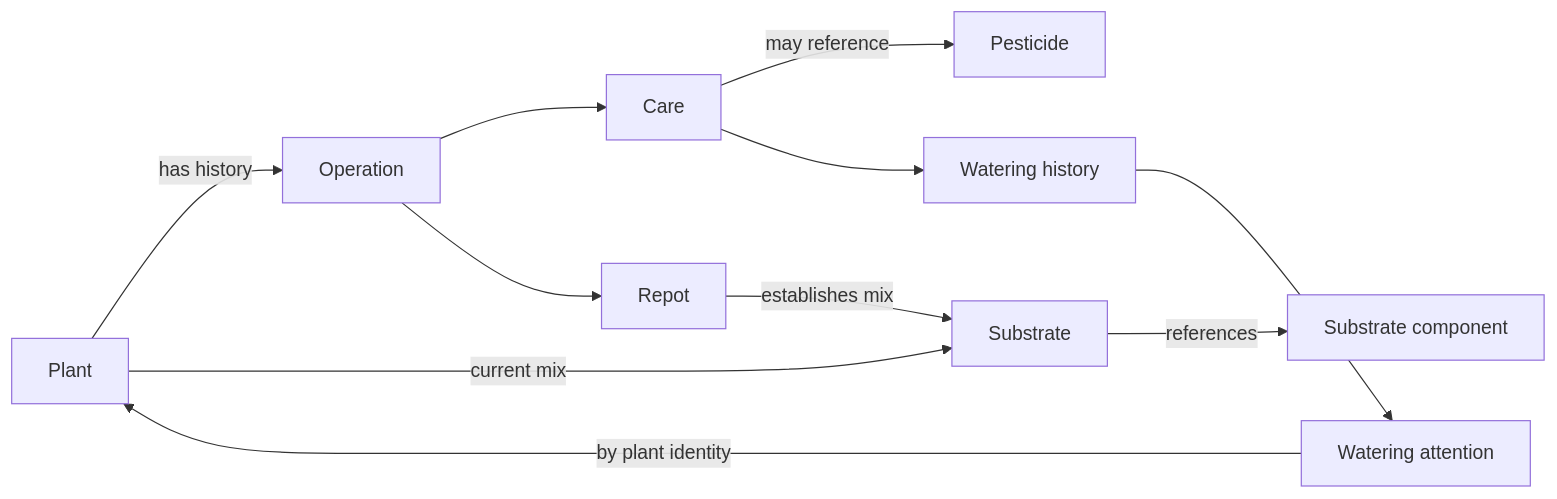
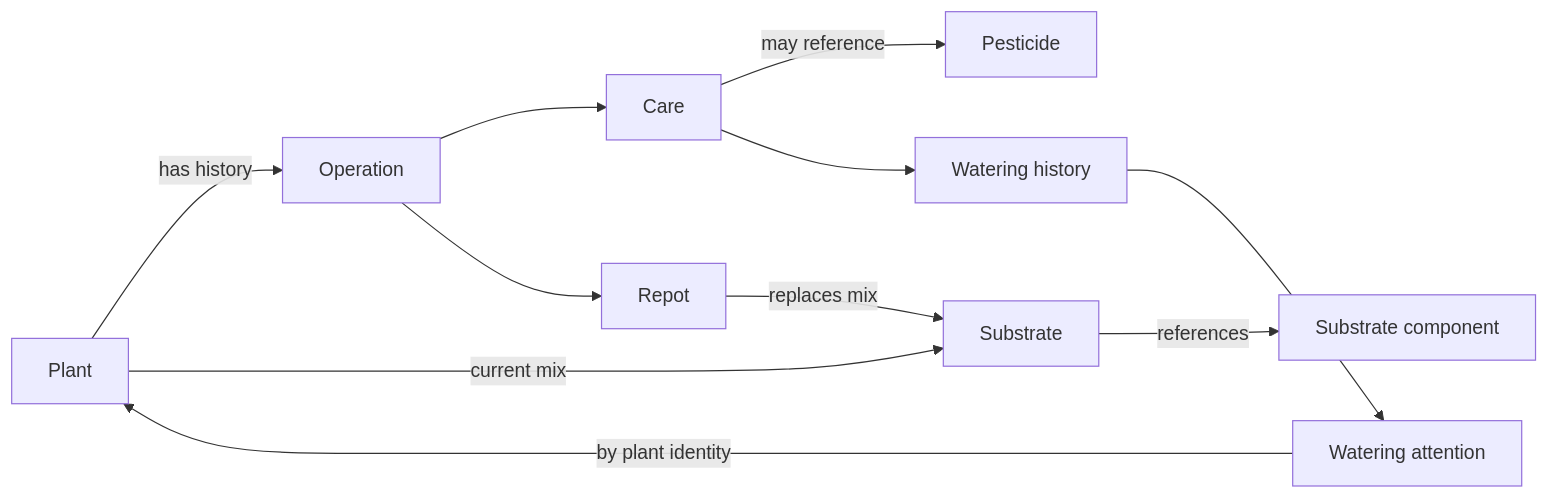
One commit to cosminci/gardening changed the first of 2 diagrams in specs/design.md. Above: the diagram before and after it, drawn with Mermaid. The commit also changed other lines of this file and 1 other file, not shown here.

````diff
--- a/specs/design.md
+++ b/specs/design.md
@@ -11,12 +11,12 @@
 ```mermaid
 flowchart LR
   Plant -->|has history| Operation
   Operation --> Care & Repot
   Plant -->|current mix| Substrate
-  Repot -->|establishes mix| Substrate
+  Repot -->|replaces mix| Substrate
   Substrate -->|references| Component["Substrate component"]
   Care -->|may reference| Pesticide
   Waterings["Watering history"] --> Attention["Watering attention"]
   Care --> Waterings
   Attention -->|by plant identity| Plant
 ```
````
